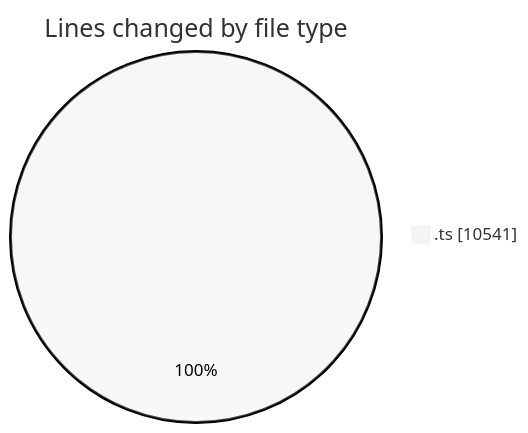
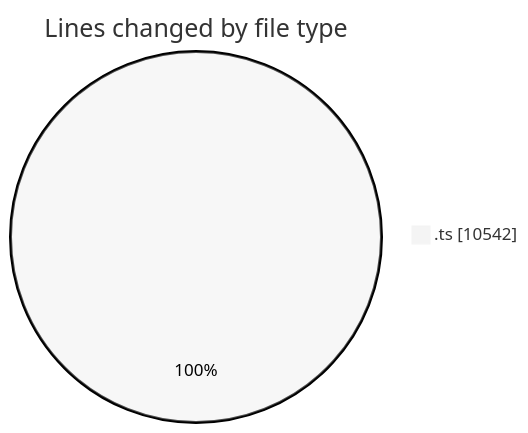
Before and after one commit to momahboobian/code-tracking: the first of 2 diagrams in 2025-09-09/cda/README.md, drawn with Mermaid (neutral theme). The commit also changed other lines of this file and 1 other file, not shown here.

````diff
--- a/2025-09-09/cda/README.md
+++ b/2025-09-09/cda/README.md
@@ -22,5 +22,5 @@
 ```mermaid
 pie showData
 title Lines changed by file type
-".ts" : 10541
+".ts" : 10542
 ```
````
